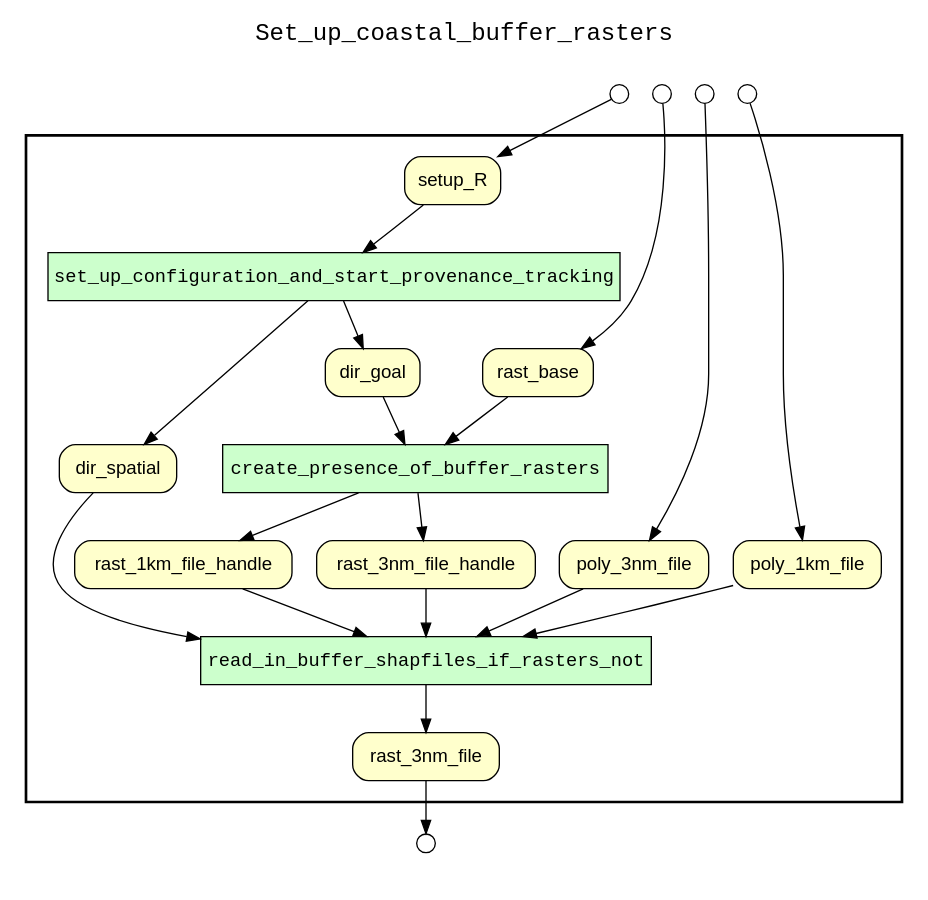
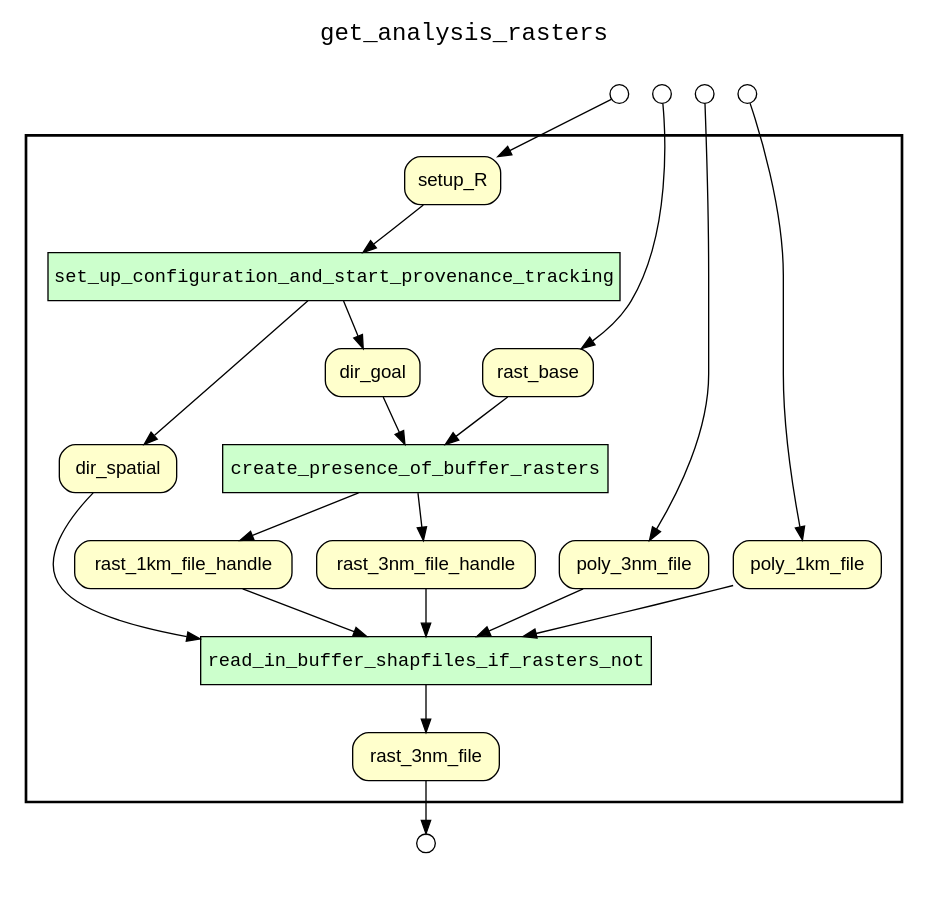
The diagram in examples/OHIBC_Howe_Sound/hybrid provenance queries/examples/get_analysis_rasters/results/wf_upstream_of_rast_3nm_file.gv (sycao5/runManager-multipleRuns), drawn with Graphviz before and after one commit. The commit also changed 276 other files, not shown here.

```diff
--- a/examples/OHIBC_Howe_Sound/hybrid provenance queries/examples/get_analysis_rasters/results/wf_upstream_of_rast_3nm_file.gv
+++ b/examples/OHIBC_Howe_Sound/hybrid provenance queries/examples/get_analysis_rasters/results/wf_upstream_of_rast_3nm_file.gv
@@ -1,56 +1,56 @@
 
 digraph yw_data_view {
 rankdir=TB
 fontname=Courier; fontsize=18; labelloc=t
-label="Set_up_coastal_buffer_rasters"
+label="get_analysis_rasters"
 subgraph cluster_workflow { label=""; color=black; penwidth=2
 subgraph cluster_workflow_inner { label=""; color=white
 node[shape=box style="filled" fillcolor="#CCFFCC" peripheries=1 fontname=Courier]
 create_presence_of_buffer_rasters
 set_up_configuration_and_start_provenance_tracking
 read_in_buffer_shapfiles_if_rasters_not
 node[shape=box style="filled" fillcolor="#CCFFCC" peripheries=1 fontname=Courier]
 node[shape=box style="rounded,filled" fillcolor="#FFFFCC" peripheries=1 fontname=Helvetica]
 setup_R
 dir_spatial
 dir_goal
 rast_base
 rast_3nm_file_handle
 rast_1km_file_handle
 poly_3nm_file
 poly_1km_file
 rast_3nm_file
 node[shape=box style="rounded,filled" fillcolor="#FFFFFF" peripheries=1 fontname=Helvetica]
 }}
 subgraph cluster_inflows { label=""; color=white; penwidth=2
 subgraph cluster_inflows_inner { label=""; color=white
 node[shape=circle fillcolor="#FFFFFF" peripheries=1 width=0.2]
 setup_R_inflow [label=""]
 rast_base_inflow [label=""]
 poly_3nm_file_inflow [label=""]
 poly_1km_file_inflow [label=""]
 }}
 subgraph cluster_outflows { label=""; color=white; penwidth=2
 subgraph cluster_outflows_inner { label=""; color=white
 node[shape=circle fillcolor="#FFFFFF" peripheries=1 width=0.2]
 rast_3nm_file_outflow [label=""]
 }}
 poly_1km_file -> read_in_buffer_shapfiles_if_rasters_not
 poly_3nm_file -> read_in_buffer_shapfiles_if_rasters_not
 rast_1km_file_handle -> read_in_buffer_shapfiles_if_rasters_not
 rast_3nm_file_handle -> read_in_buffer_shapfiles_if_rasters_not
 rast_base -> create_presence_of_buffer_rasters
 dir_goal -> create_presence_of_buffer_rasters
 dir_spatial -> read_in_buffer_shapfiles_if_rasters_not
 setup_R -> set_up_configuration_and_start_provenance_tracking
 set_up_configuration_and_start_provenance_tracking -> dir_spatial
 set_up_configuration_and_start_provenance_tracking -> dir_goal
 create_presence_of_buffer_rasters -> rast_3nm_file_handle
 create_presence_of_buffer_rasters -> rast_1km_file_handle
 read_in_buffer_shapfiles_if_rasters_not -> rast_3nm_file
 setup_R_inflow -> setup_R
 rast_base_inflow -> rast_base
 poly_3nm_file_inflow -> poly_3nm_file
 poly_1km_file_inflow -> poly_1km_file
 rast_3nm_file -> rast_3nm_file_outflow
 }
```
